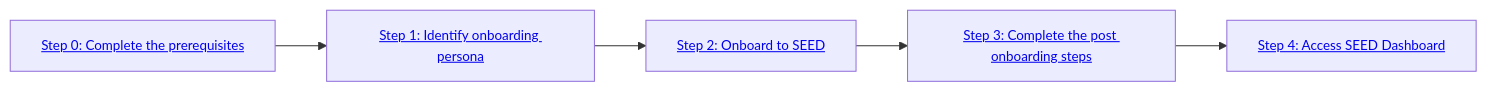
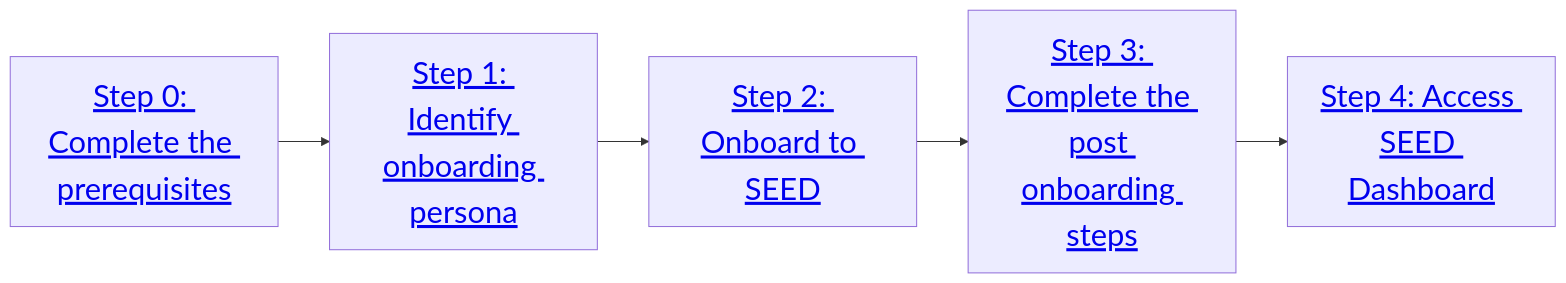
One commit to GovTechSG/seed-primer-documentation changed the second of 2 diagrams in getting-started.md. Above: the diagram before and after it, drawn with Mermaid.

````diff
--- a/getting-started.md
+++ b/getting-started.md
@@ -20,14 +20,14 @@
 ```mermaid
-%%{init: {'theme': 'default','themeVariables': { 'fontSize': '13px', 'fontFamily': 'Inter'}}}%%
+%%{init: {'theme': 'default','themeVariables': { 'fontSize': '30px', 'fontFamily': 'Inter'}}}%%
 graph LR
     A["<a href='https://docs.developer.tech.gov.sg/docs/staging-seed-primer/getting-started?id=step-0-ensure-you-meet-the-required-prerequisites'>Step 0: Complete the prerequisites</a>"]
     B["<a href='https://docs.developer.tech.gov.sg/docs/staging-seed-primer/getting-started?id=step-1-identify-your-onboarding-persona'>Step 1: Identify onboarding persona</a>"]
     C["<a href='https://docs.developer.tech.gov.sg/docs/staging-seed-primer/getting-started?id=step-2-onboard-device-to-seed'>Step 2: Onboard to SEED</a>"]
     D["<a href='https://docs.developer.tech.gov.sg/docs/staging-seed-primer/post-onboarding-steps'>Step 3: Complete the post onboarding steps</a>"]
     E["<a href='https://docs.developer.tech.gov.sg/docs/staging-seed-primer/dashboard'>Step 4: Access SEED Dashboard</a>"]
     A --> B
     B --> C
     C --> D
     D --> E
 
 ```
````
